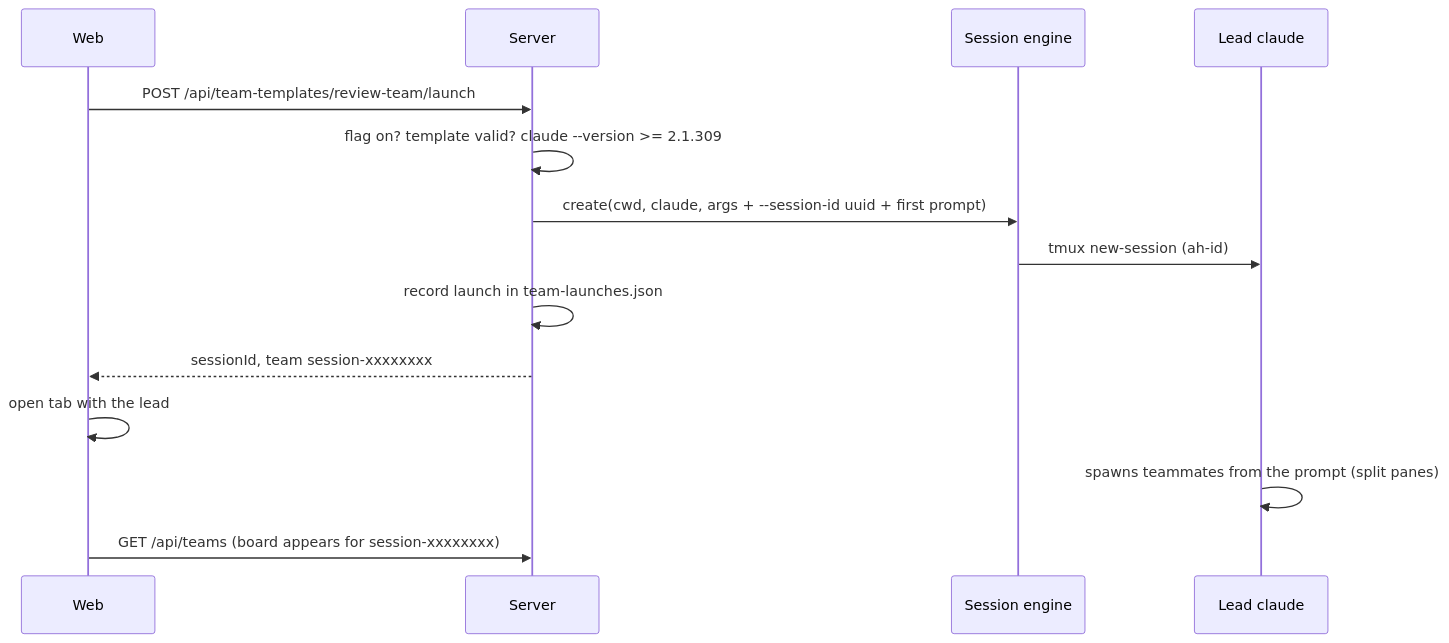
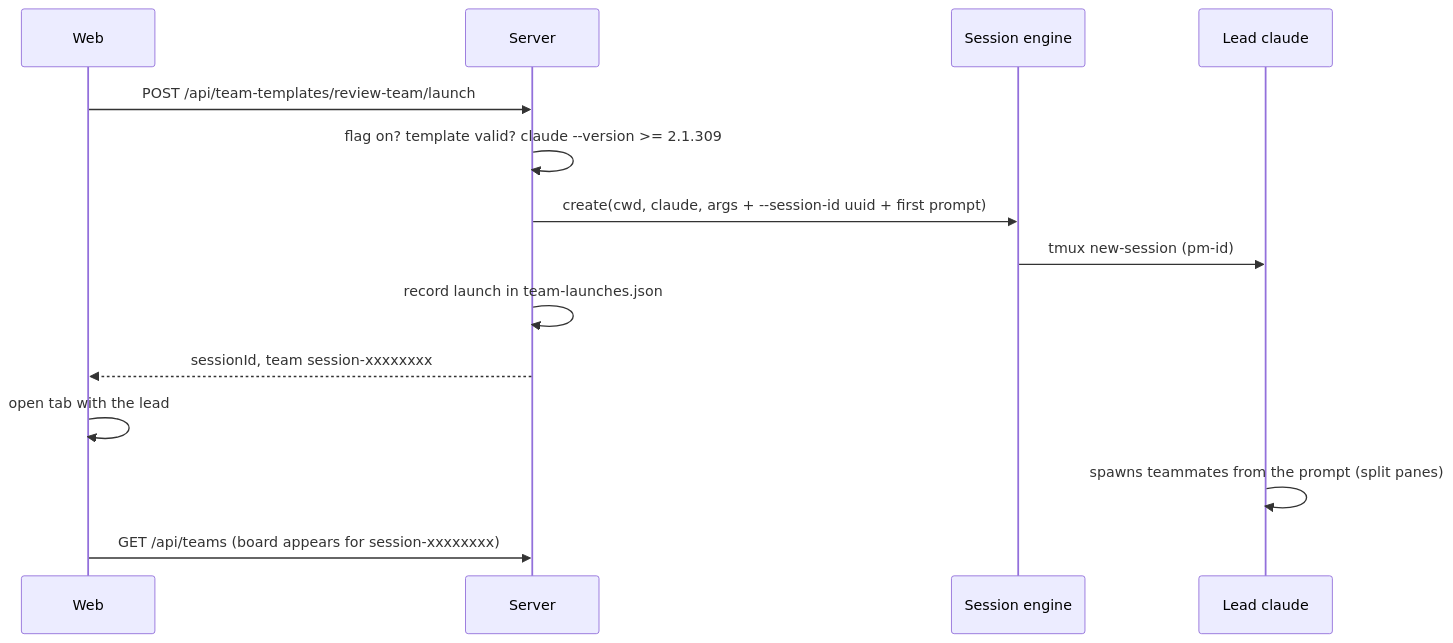
The diagram in docs/adr/0012-team-templates.md (Dev-Sebi/Paneful-Manager), drawn with Mermaid before and after one commit. The commit also changed other lines of this file and 42 other files, not shown here.

````diff
--- a/docs/adr/0012-team-templates.md
+++ b/docs/adr/0012-team-templates.md
@@ -29,16 +29,16 @@
 ```mermaid
 sequenceDiagram
     participant U as Web
     participant S as Server
     participant E as Session engine
     participant L as Lead claude
     U->>S: POST /api/team-templates/review-team/launch
     S->>S: flag on? template valid? claude --version >= 2.1.309
     S->>E: create(cwd, claude, args + --session-id uuid + first prompt)
-    E->>L: tmux new-session (ah-id)
+    E->>L: tmux new-session (pm-id)
     S->>S: record launch in team-launches.json
     S-->>U: sessionId, team session-xxxxxxxx
     U->>U: open tab with the lead
     L->>L: spawns teammates from the prompt (split panes)
     U->>S: GET /api/teams (board appears for session-xxxxxxxx)
 ```
````
